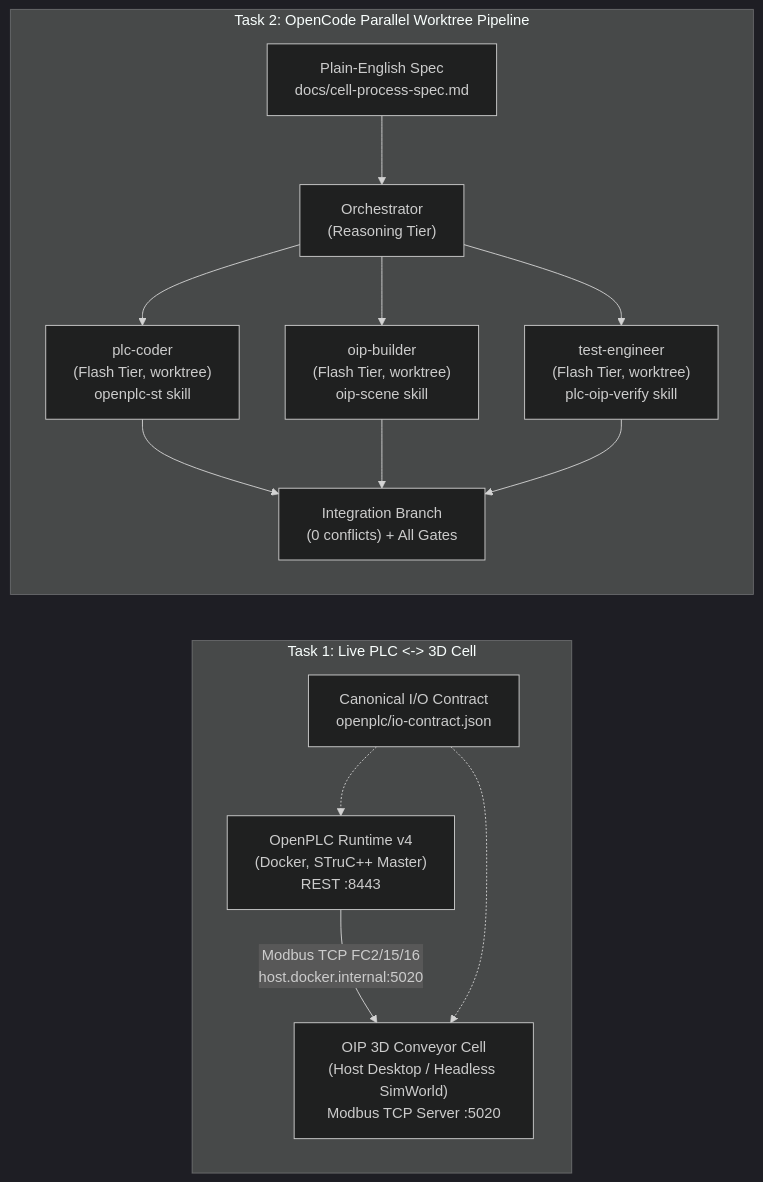
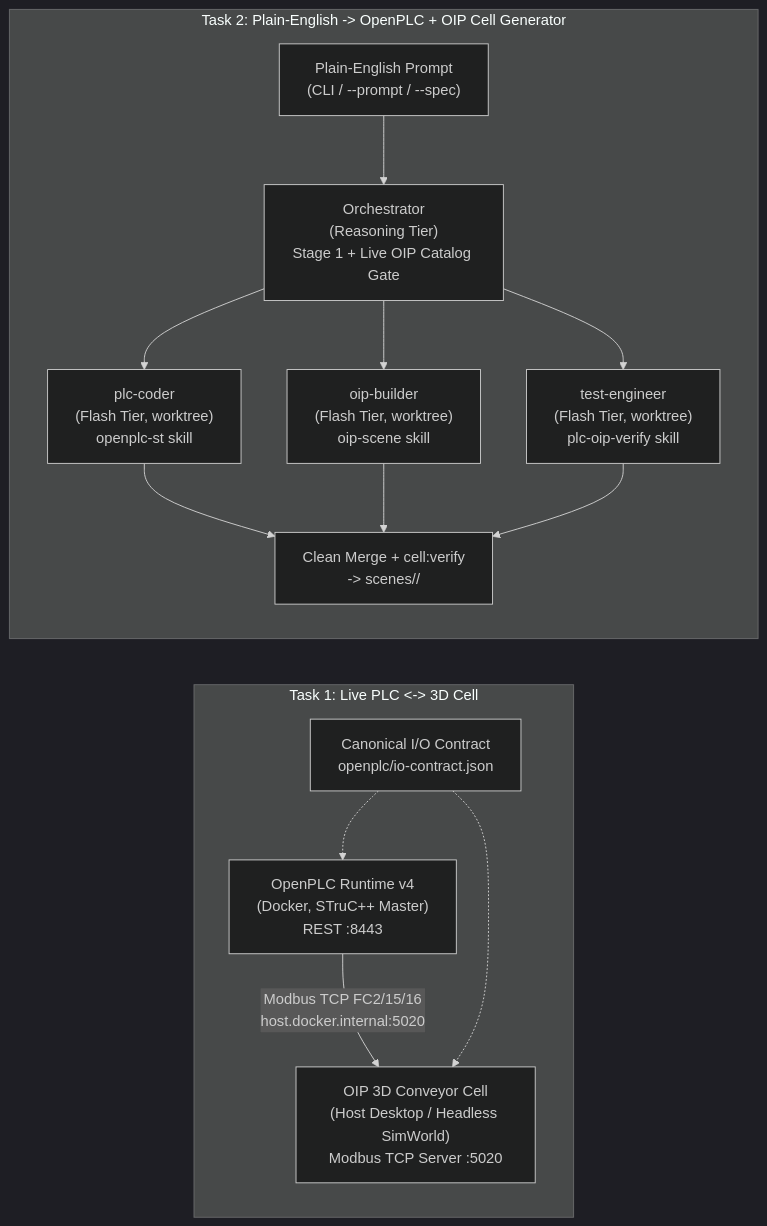
The diagram in README.md (MZEryani/SHRDCAssessment), drawn with Mermaid (dark theme) before and after one commit. The commit also changed other lines of this file and 5 other files, not shown here.

Commit message:
feat: finalize live generator fixes and update README for Task 2 (#35)

````diff
--- a/README.md
+++ b/README.md
@@ -7,16 +7,16 @@
 ```mermaid
 flowchart LR
   subgraph Task1["Task 1: Live PLC <-> 3D Cell"]
     PLC["OpenPLC Runtime v4\n(Docker, STruC++ Master)\nREST :8443"] -->|"Modbus TCP FC2/15/16\nhost.docker.internal:5020"| OIP["OIP 3D Conveyor Cell\n(Host Desktop / Headless SimWorld)\nModbus TCP Server :5020"]
     Contract["Canonical I/O Contract\nopenplc/io-contract.json"] -.-> PLC
     Contract -.-> OIP
   end
 
-  subgraph Task2["Task 2: OpenCode Parallel Worktree Pipeline"]
-    Spec["Plain-English Spec\ndocs/cell-process-spec.md"] --> Orch["Orchestrator\n(Reasoning Tier)"]
+  subgraph Task2["Task 2: Plain-English -> OpenPLC + OIP Cell Generator"]
+    Spec["Plain-English Prompt\n(CLI / --prompt / --spec)"] --> Orch["Orchestrator\n(Reasoning Tier)\nStage 1 + Live OIP Catalog Gate"]
     Orch --> W1["plc-coder\n(Flash Tier, worktree)\nopenplc-st skill"]
     Orch --> W2["oip-builder\n(Flash Tier, worktree)\noip-scene skill"]
     Orch --> W3["test-engineer\n(Flash Tier, worktree)\nplc-oip-verify skill"]
-    W1 & W2 & W3 --> Merge["Integration Branch\n(0 conflicts) + All Gates"]
+    W1 & W2 & W3 --> Merge["Clean Merge + cell:verify\n-> scenes/<slug>/"]
   end
 ```
````
